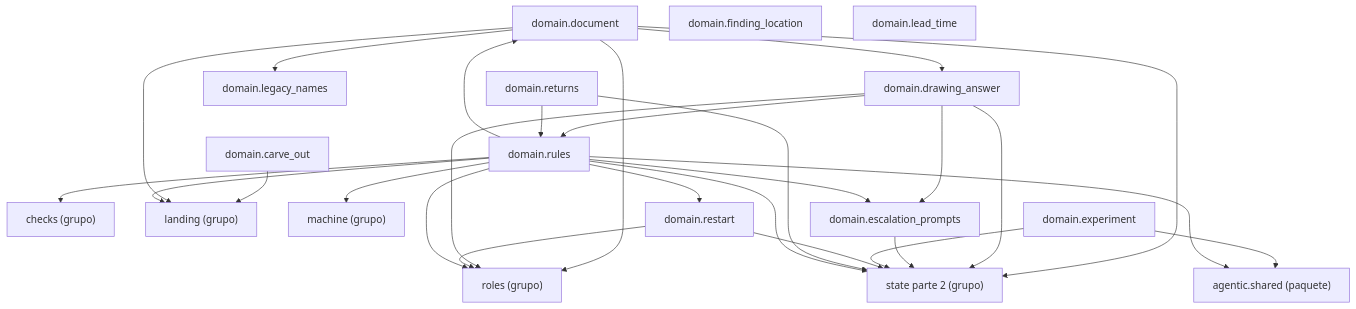
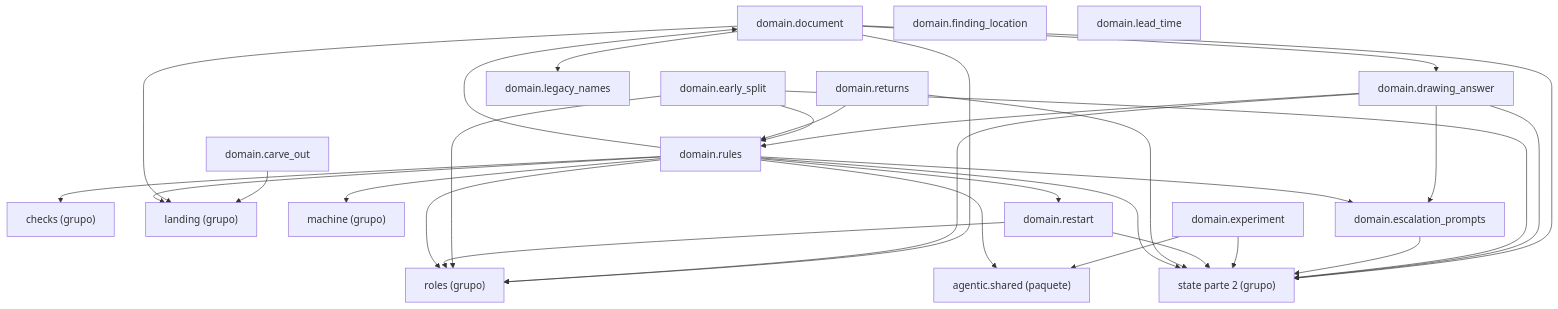
Before and after one commit to GonzaloZevallos/agentic-system: the diagram in docs/architecture/generated/packages-process-domain-state-1.md, drawn with Mermaid. The commit also changed 11 other files, not shown here.

Commit message:
Register the early_split channel in the reducer test and regenerate the architecture docs

````diff
--- a/docs/architecture/generated/packages-process-domain-state-1.md
+++ b/docs/architecture/generated/packages-process-domain-state-1.md
@@ -12,46 +12,50 @@
 ```mermaid
 graph TD
     g_domain__checks["checks (grupo)"]
     g_domain__landing["landing (grupo)"]
     g_domain__machine["machine (grupo)"]
     g_domain__roles["roles (grupo)"]
     g_domain__state__2["state parte 2 (grupo)"]
     g_pkg__agentic__shared["agentic.shared (paquete)"]
     m_domain__carve_out["domain.carve_out"]
     m_domain__document["domain.document"]
     m_domain__drawing_answer["domain.drawing_answer"]
+    m_domain__early_split["domain.early_split"]
     m_domain__escalation_prompts["domain.escalation_prompts"]
     m_domain__experiment["domain.experiment"]
     m_domain__finding_location["domain.finding_location"]
     m_domain__lead_time["domain.lead_time"]
     m_domain__legacy_names["domain.legacy_names"]
     m_domain__restart["domain.restart"]
     m_domain__returns["domain.returns"]
     m_domain__rules["domain.rules"]
     m_domain__carve_out --> g_domain__landing
     m_domain__document --> g_domain__landing
     m_domain__document --> g_domain__roles
     m_domain__document --> g_domain__state__2
     m_domain__document --> m_domain__drawing_answer
     m_domain__document --> m_domain__legacy_names
     m_domain__drawing_answer --> g_domain__roles
     m_domain__drawing_answer --> g_domain__state__2
     m_domain__drawing_answer --> m_domain__escalation_prompts
     m_domain__drawing_answer --> m_domain__rules
+    m_domain__early_split --> g_domain__roles
+    m_domain__early_split --> g_domain__state__2
+    m_domain__early_split --> m_domain__rules
     m_domain__escalation_prompts --> g_domain__state__2
     m_domain__experiment --> g_domain__state__2
     m_domain__experiment --> g_pkg__agentic__shared
     m_domain__restart --> g_domain__roles
     m_domain__restart --> g_domain__state__2
     m_domain__returns --> g_domain__state__2
     m_domain__returns --> m_domain__rules
     m_domain__rules --> g_domain__checks
     m_domain__rules --> g_domain__landing
     m_domain__rules --> g_domain__machine
     m_domain__rules --> g_domain__roles
     m_domain__rules --> g_domain__state__2
     m_domain__rules --> g_pkg__agentic__shared
     m_domain__rules --> m_domain__document
     m_domain__rules --> m_domain__escalation_prompts
     m_domain__rules --> m_domain__restart
 ```
````
